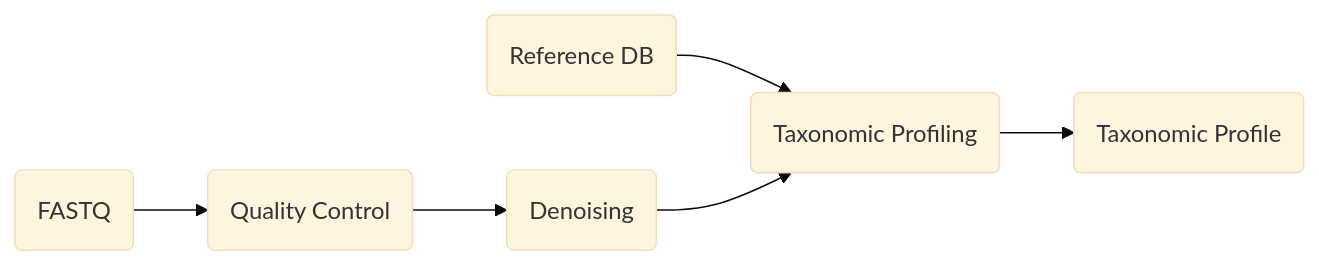
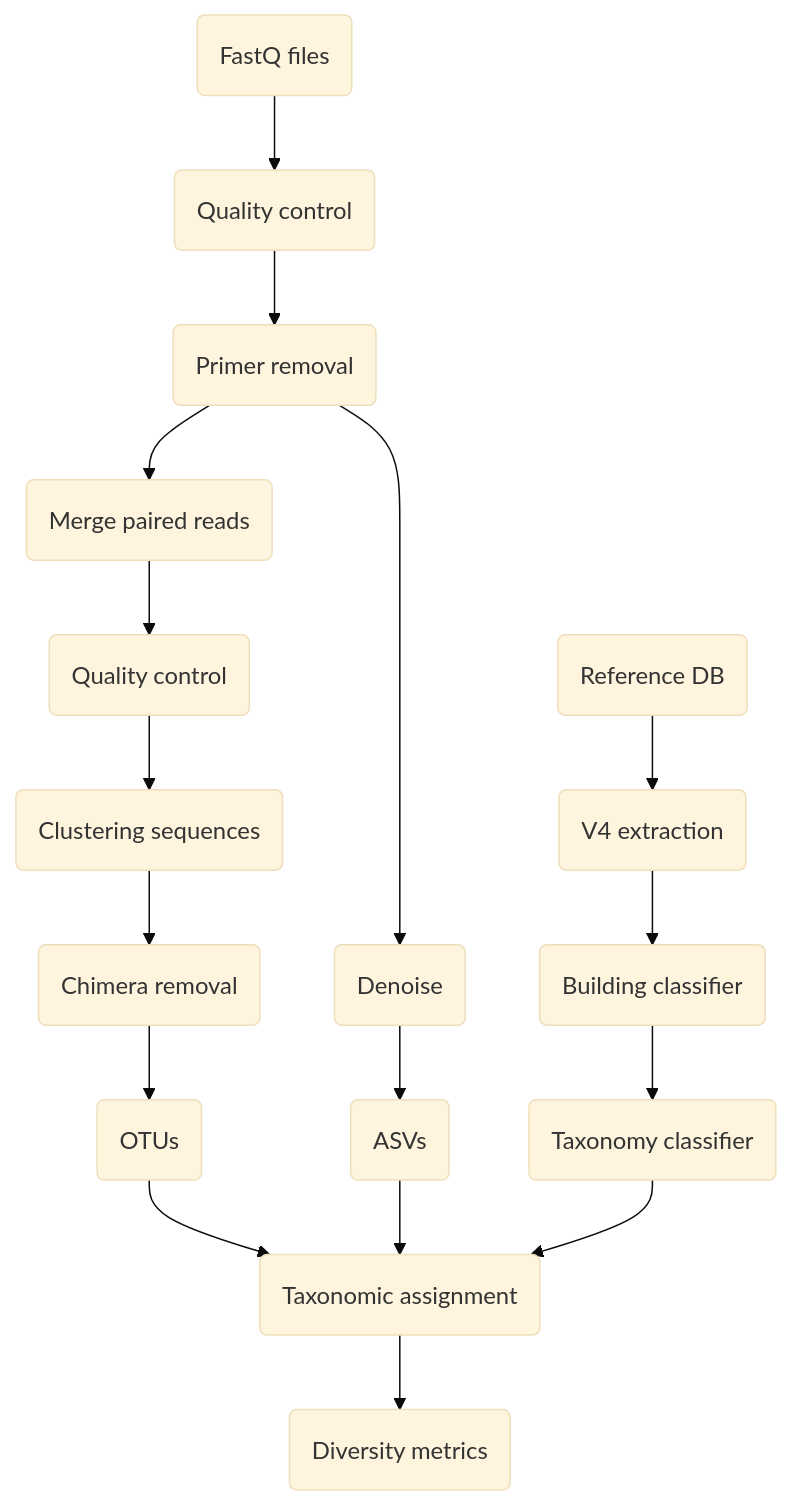
The diagram in chapters/16S/16S_processing_intro.qmd (pankajchejara23/bioinformatics_book), drawn with Mermaid (base theme) before and after one commit. The commit also changed other lines of this file and 4 other files, not shown here.

````diff
--- a/chapters/16S/16S_processing_intro.qmd
+++ b/chapters/16S/16S_processing_intro.qmd
@@ -8,10 +10,22 @@
 ```{mermaid}
-flowchart LR
-    X(Reference DB) -->D(Taxonomic Profiling)
-    A(FASTQ) --> B(Quality Control)
-    B --> C(Denoising)
-    C --> D
-    D --> F(Taxonomic Profile)
 
+graph TD
+    L(Reference DB) --> M(V4 extraction)
+    M --> N(Building classifier)
+    N --> O(Taxonomy classifier)
+    A(FastQ files) --> B(Quality control)
+    B --> I(Primer removal)
+    I --> C(Denoise)
+    C --> B2(ASVs)
+    I --> C1(Merge paired reads)
+    C1 --> E(Quality control)
+    E --> F(Clustering sequences)
+    F --> G(Chimera removal)
+    G --> H(OTUs)
+    H --> J(Taxonomic assignment)
+    B2 --> J
+    O --> J
+    J --> K(Diversity metrics)
+    
 
 ```
````
